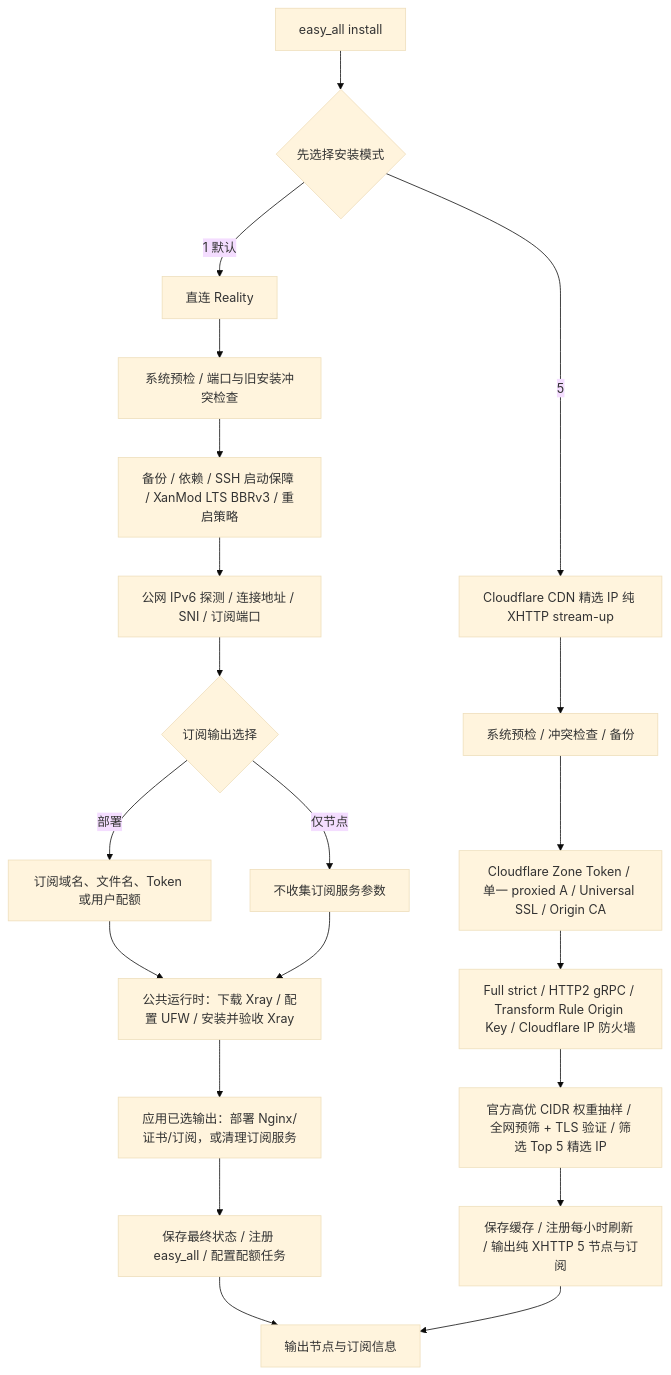
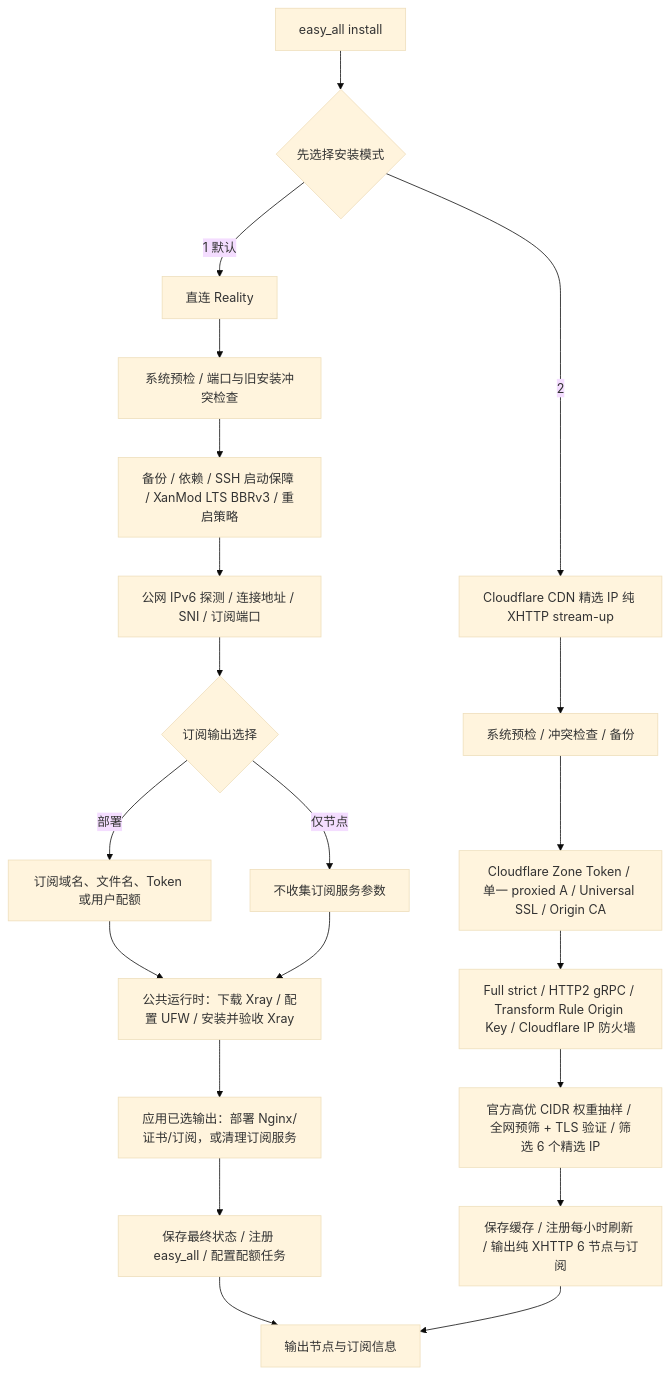
The diagram in README.md (v2yiz/easy_all), drawn with Mermaid (base theme) before and after one commit. The commit also changed other lines of this file and 16 other files, not shown here.

````diff
--- a/README.md
+++ b/README.md
@@ -251,25 +251,25 @@
 ```mermaid
 flowchart TD
     A[easy_all install] --> B{先选择安装模式}
 
     B -->|1 默认| R0[直连 Reality]
     R0 --> R1[系统预检 / 端口与旧安装冲突检查]
     R1 --> R2[备份 / 依赖 / SSH 启动保障 / XanMod LTS BBRv3 / 重启策略]
     R2 --> R3[公网 IPv6 探测 / 连接地址 / SNI / 订阅端口]
     R3 --> R4{订阅输出选择}
     R4 -->|部署| R5[订阅域名、文件名、Token 或用户配额]
     R4 -->|仅节点| R6[不收集订阅服务参数]
     R5 --> R7[公共运行时：下载 Xray / 配置 UFW / 安装并验收 Xray]
     R6 --> R7
     R7 --> R8[应用已选输出：部署 Nginx/证书/订阅，或清理订阅服务]
     R8 --> R9[保存最终状态 / 注册 easy_all / 配置配额任务]
     R9 --> Z[输出节点与订阅信息]
 
-    B -->|5| C0[Cloudflare CDN 精选 IP 纯 XHTTP stream-up]
+    B -->|2| C0[Cloudflare CDN 精选 IP 纯 XHTTP stream-up]
     C0 --> C1[系统预检 / 冲突检查 / 备份]
     C1 --> C2[Cloudflare Zone Token / 单一 proxied A / Universal SSL / Origin CA]
     C2 --> C3[Full strict / HTTP2 gRPC / Transform Rule Origin Key / Cloudflare IP 防火墙]
-    C3 --> C4[官方高优 CIDR 权重抽样 / 全网预筛 + TLS 验证 / 筛选 Top 5 精选 IP]
-    C4 --> C5[保存缓存 / 注册每小时刷新 / 输出纯 XHTTP 5 节点与订阅]
+    C3 --> C4[官方高优 CIDR 权重抽样 / 全网预筛 + TLS 验证 / 筛选 6 个精选 IP]
+    C4 --> C5[保存缓存 / 注册每小时刷新 / 输出纯 XHTTP 6 节点与订阅]
     C5 --> Z
 ```
````
